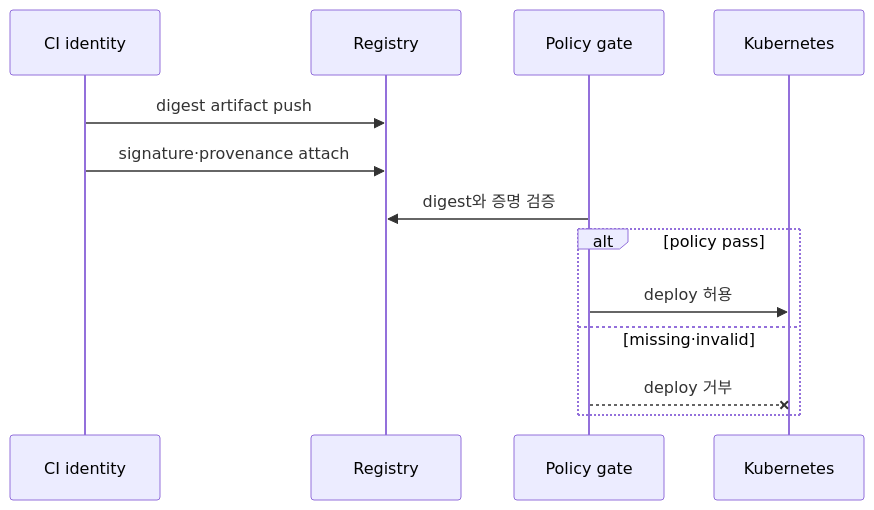
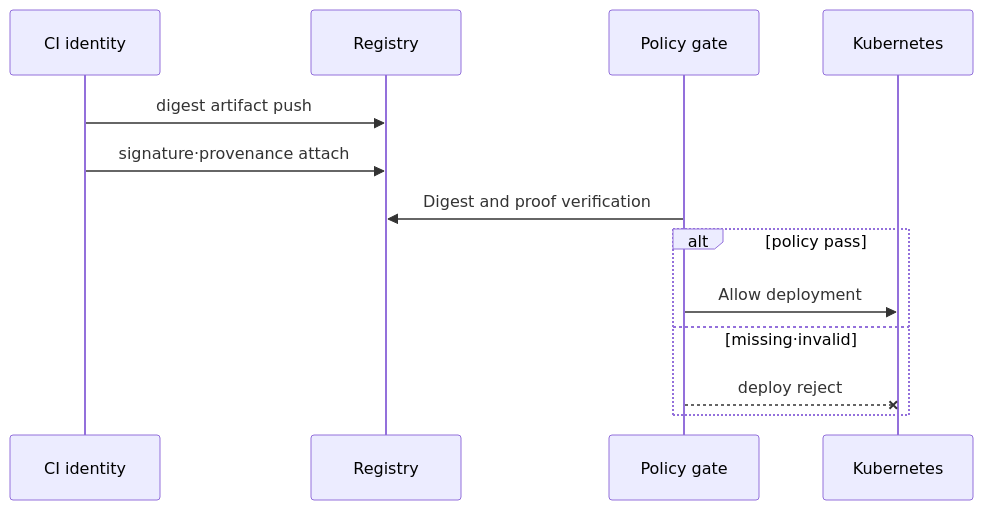
One commit to nohdol97/nohdol-study changed the second of 2 diagrams in docs-site/content/infrastructure-security/01-identity-secret-artifact-model.md. Above: the diagram before and after it, drawn with Mermaid. The commit also changed other lines of this file and 116 other files, not shown here.

````diff
--- a/docs-site/content/infrastructure-security/01-identity-secret-artifact-model.md
+++ b/docs-site/content/infrastructure-security/01-identity-secret-artifact-model.md
@@ -67,15 +67,15 @@
 ```mermaid
 sequenceDiagram
     participant C as CI identity
     participant R as Registry
     participant P as Policy gate
     participant K as Kubernetes
     C->>R: digest artifact push
     C->>R: signature·provenance attach
-    P->>R: digest와 증명 검증
+    P->>R: Digest and proof verification
     alt policy pass
-        P->>K: deploy 허용
+        P->>K: Allow deployment
     else missing·invalid
-        P--xK: deploy 거부
+        P--xK: deploy reject
     end
 ```
````
